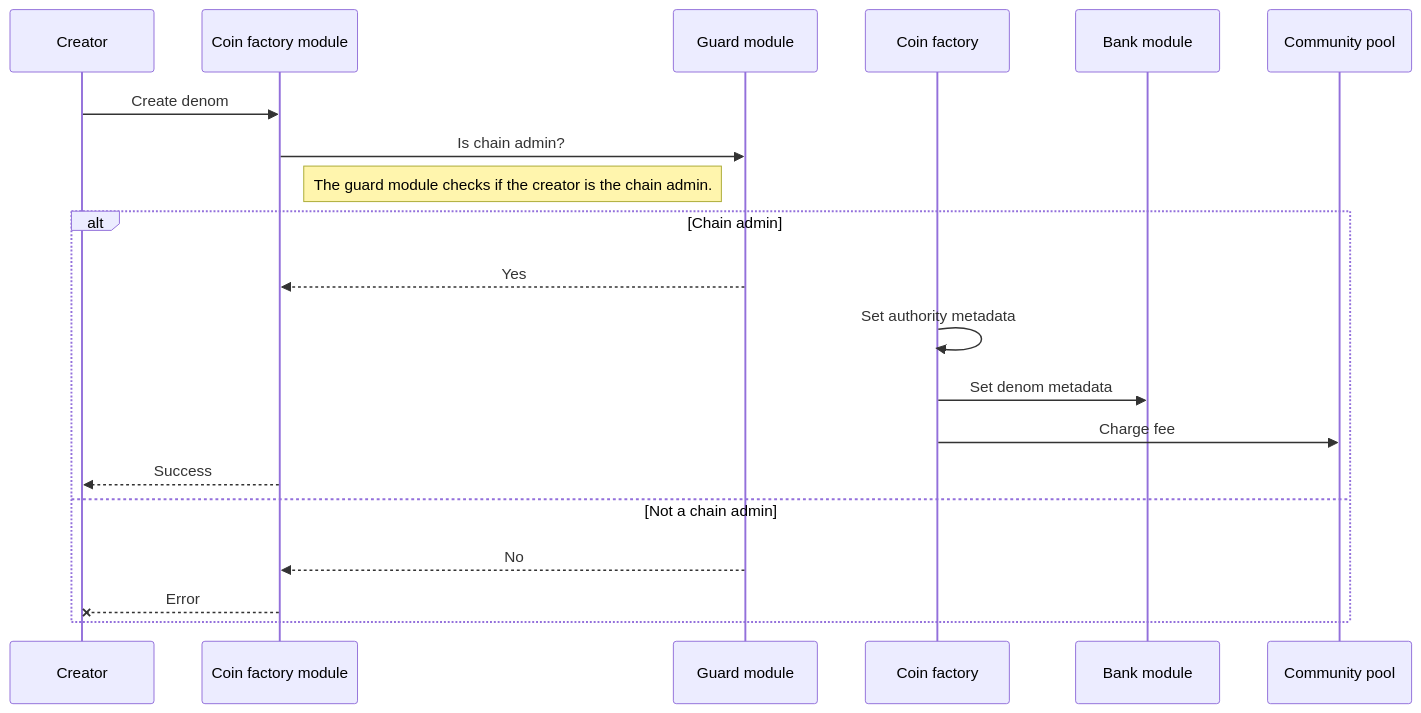
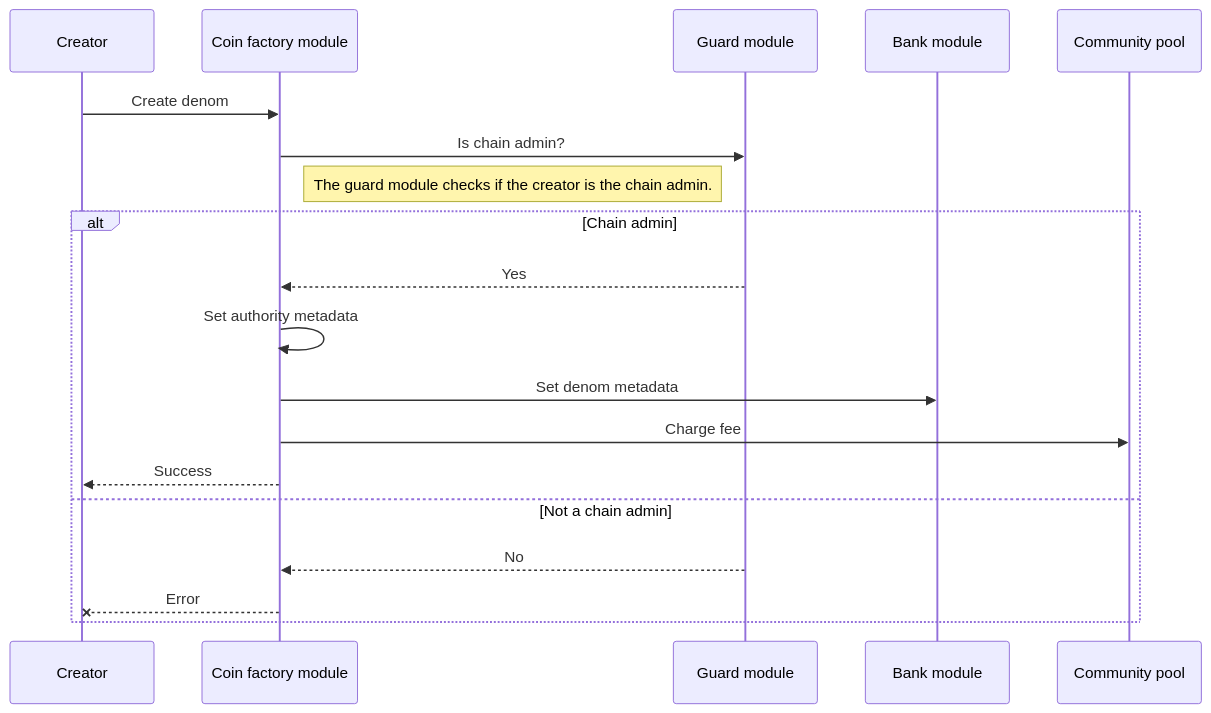
The first of 5 diagrams in x/coinfactory/spec/01_txs_flows.md (MANTRA-Chain/mantrachain), drawn with Mermaid before and after one commit. The commit also changed 55 other files, not shown here.

````diff
--- a/x/coinfactory/spec/01_txs_flows.md
+++ b/x/coinfactory/spec/01_txs_flows.md
@@ -7,16 +7,16 @@
 ```mermaid
 sequenceDiagram
 Creator ->> Coin factory module: Create denom
 Coin factory module->>Guard module: Is chain admin?
 Note left of Guard module: The guard module checks if the creator is the chain admin.
 alt Chain admin
   Guard module-->>Coin factory module: Yes
-  Coin factory->>Coin factory: Set authority metadata
-  Coin factory->>Bank module: Set denom metadata
-  Coin factory->>Community pool: Charge fee
+  Coin factory module->>Coin factory module: Set authority metadata
+  Coin factory module->>Bank module: Set denom metadata
+  Coin factory module->>Community pool: Charge fee
   Coin factory module-->> Creator: Success
 else Not a chain admin
   Guard module-->>Coin factory module: No
   Coin factory module--x Creator: Error
 end
 ```
````
